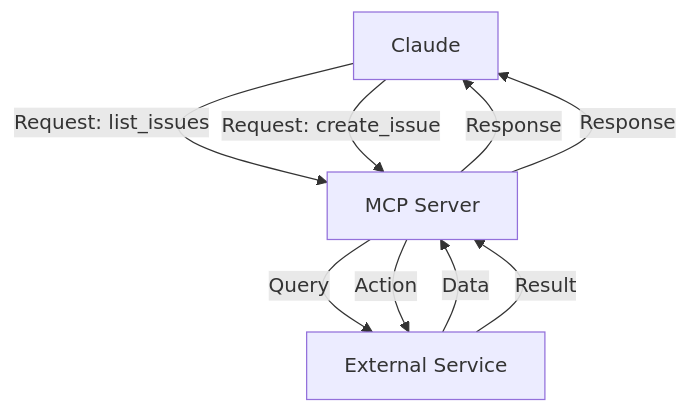
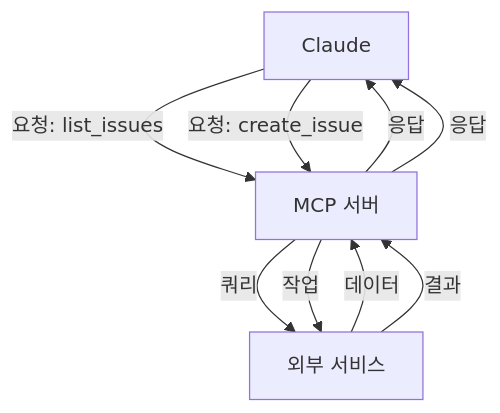
One commit to KIMDONGWHEE99/howkorean changed diagram 12 of 31 in claude_concepts_guide.md. Above: the diagram before and after it, drawn with Mermaid. The commit also changed other lines of this file, not shown here.

````diff
--- a/claude_concepts_guide.md
+++ b/claude_concepts_guide.md
@@ -369,16 +369,16 @@
 ```mermaid
 graph TB
     A["Claude"]
-    B["MCP Server"]
-    C["External Service"]
+    B["MCP 서버"]
+    C["외부 서비스"]
 
-    A -->|Request: list_issues| B
-    B -->|Query| C
-    C -->|Data| B
-    B -->|Response| A
+    A -->|요청: list_issues| B
+    B -->|쿼리| C
+    C -->|데이터| B
+    B -->|응답| A
 
-    A -->|Request: create_issue| B
-    B -->|Action| C
-    C -->|Result| B
-    B -->|Response| A
+    A -->|요청: create_issue| B
+    B -->|작업| C
+    C -->|결과| B
+    B -->|응답| A
 ```
````
